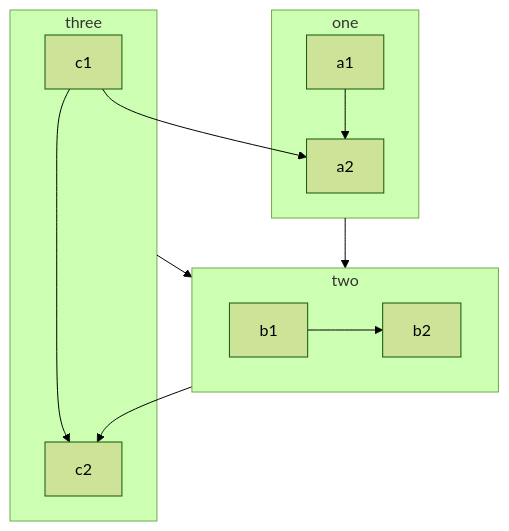
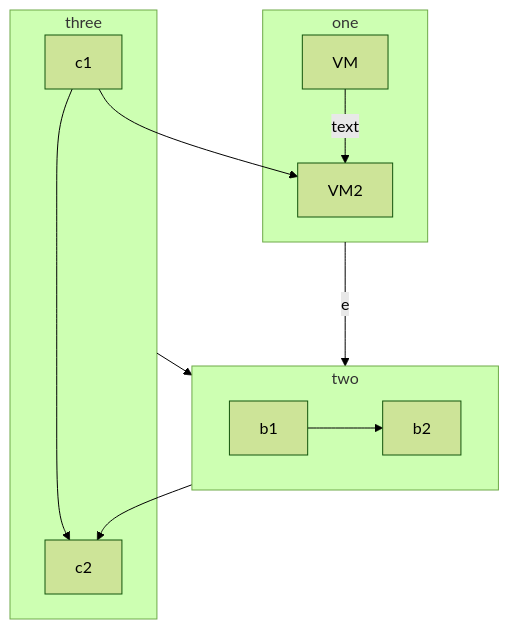
One commit to merucode/merucode.github.io changed the diagram in docs/menu9-just-the-docs.md. Above: the diagram before and after it, drawn with Mermaid (forest theme). The commit also changed other lines of this file and 1 other file, not shown here.

````diff
--- a/docs/menu9-just-the-docs.md
+++ b/docs/menu9-just-the-docs.md
@@ -114,16 +114,16 @@
 ```mermaid
 flowchart TB
     c1-->a2
     subgraph one
-    a1-->a2
+    a1[VM]--text-->a2[VM2]
     end
     subgraph two
     b1-->b2
     end
     subgraph three
     c1-->c2
     end
-    one --> two
+    one --ex--> two
     three --> two
     two --> c2
 ```
````
